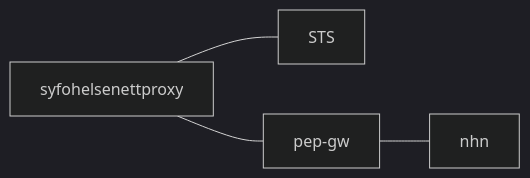
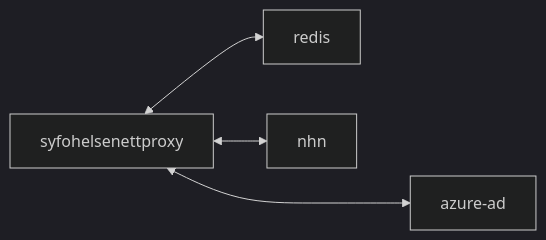
The diagram in README.md (navikt/syfohelsenettproxy), drawn with Mermaid (dark theme) before and after one commit. The commit also changed other lines of this file and 16 other files, not shown here.

````diff
--- a/README.md
+++ b/README.md
@@ -18,7 +19,7 @@
 ```mermaid
-  graph LR
+  flowchart LR
   
-      syfohelsenettproxy --- STS
-      syfohelsenettproxy --- pep-gw    
-      pep-gw --- nhn; 
+      syfohelsenettproxy <---> azure-ad
+      syfohelsenettproxy <--> redis
+      syfohelsenettproxy <--> nhn;
  ```
````
